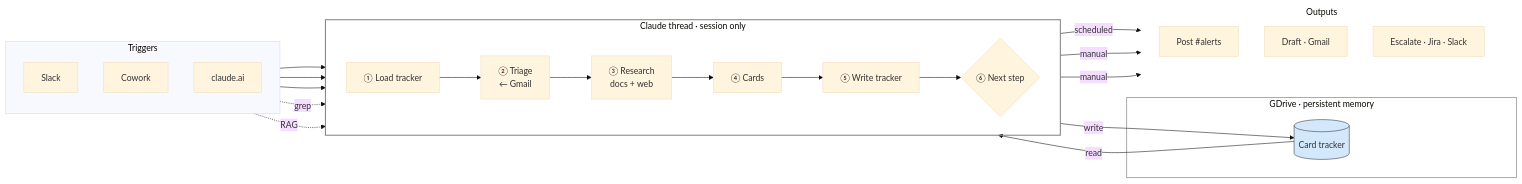
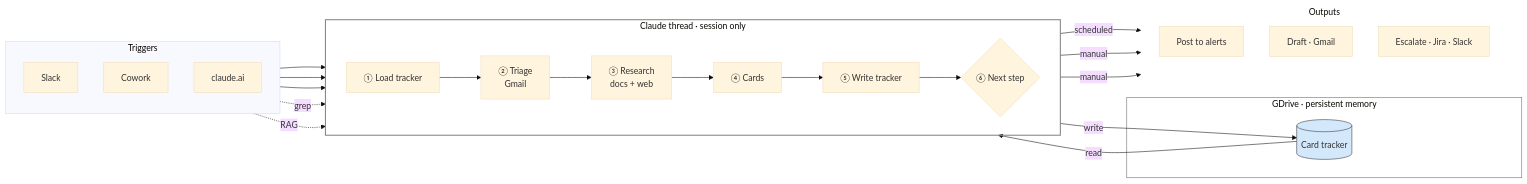
Before and after one commit to sangyoon-pak/sova_claude: the diagram in SETUP-GUIDE.md, drawn with Mermaid (base theme). The commit also changed other lines of this file, not shown here.

Commit message:
Fix Mermaid diagram for consistent GitHub rendering.
Replace YAML frontmatter and # label syntax that GitHub's Mermaid parser mishandles.

````diff
--- a/SETUP-GUIDE.md
+++ b/SETUP-GUIDE.md
@@ -95,51 +95,45 @@
 ```mermaid
----
-config:
-  flowchart:
-    padding: 16
-    nodeSpacing: 48
-    rankSpacing: 52
-    diagramPadding: 12
----
+%%{init: {"flowchart": {"htmlLabels": true, "nodeSpacing": 48, "rankSpacing": 52, "padding": 16, "diagramPadding": 12}} }%%
 flowchart LR
     subgraph triggers["Triggers"]
         direction TB
         T3["Slack"]
         T1["Cowork"]
         T2["claude.ai"]
     end
 
     subgraph storage["GDrive · persistent memory"]
         GD[("Card tracker")]
     end
 
     subgraph session["Claude thread · session only"]
         direction LR
-        S1["① Load tracker"] --> S2["② Triage<br/>← Gmail"] --> S2b["③ Research<br/>docs + web"] --> S3["④ Cards"] --> S4["⑤ Write tracker"] --> S5{"⑥ Next step"}
+        S1["① Load tracker"] --> S2["② Triage<br/>Gmail"] --> S2b["③ Research<br/>docs + web"] --> S3["④ Cards"] --> S4["⑤ Write tracker"] --> S5{"⑥ Next step"}
     end
 
     subgraph outputs["Outputs"]
         direction TB
-        P1["Post #alerts"]
+        P1["Post to alerts"]
         P2["Draft · Gmail"]
         P3["Escalate · Jira · Slack"]
     end
 
     T3 --> S1
-    T1 & T2 --> S1
+    T1 --> S1
+    T2 --> S1
 
     T1 -.->|grep| S2b
     T2 -.->|RAG| S2b
 
     GD -->|read| S1
     S4 -->|write| GD
 
     S5 -->|scheduled| P1
     S5 -->|manual| P2
     S5 -->|manual| P3
 
     style session fill:none,stroke:#888,stroke-width:2px
     style storage fill:none,stroke:#666,stroke-width:1px
     style outputs fill:none,stroke:none
     style GD fill:#d4e8fc,stroke:#333
 ```
````
